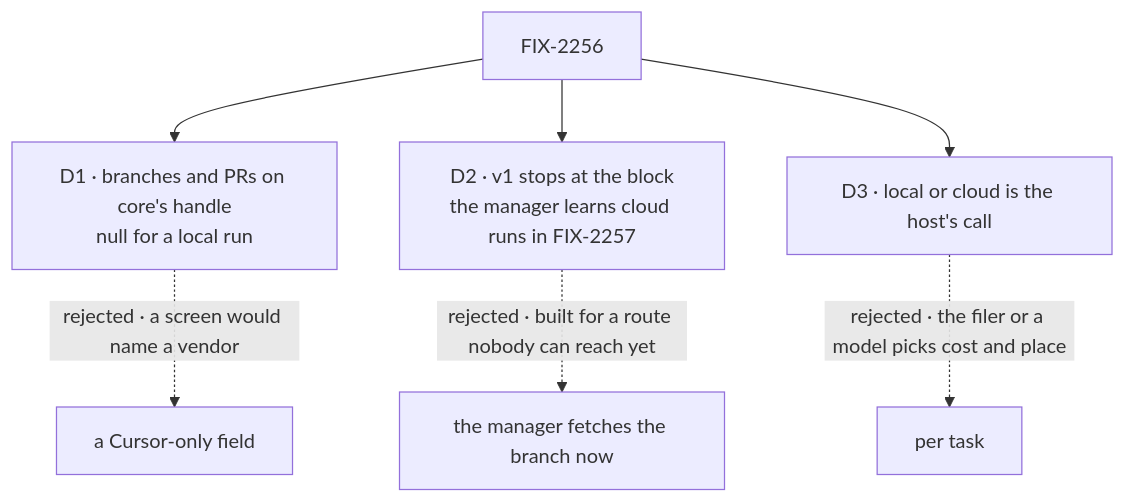
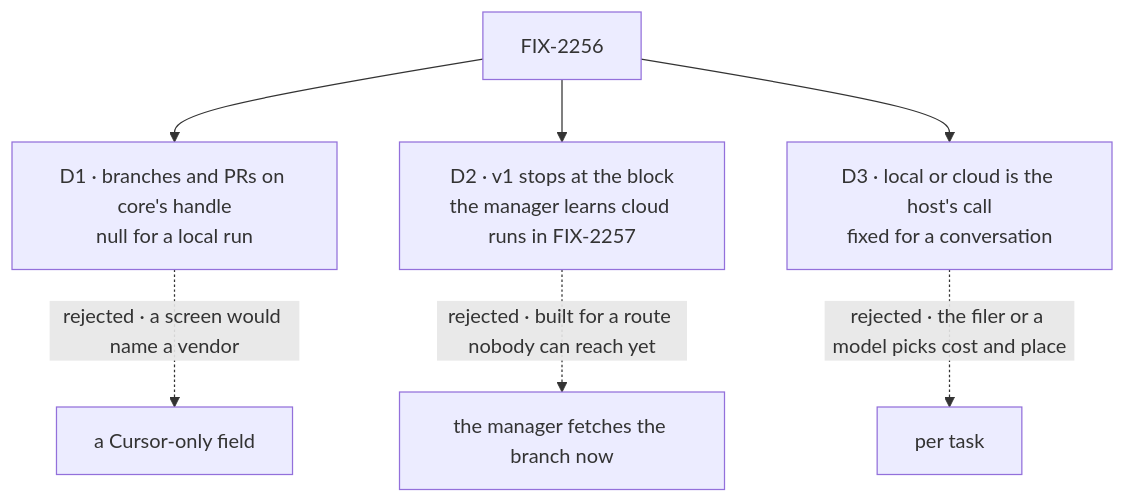
Before and after one commit to fixpoint-labs/flow-state-dev: the diagram in specs/issues/FIX-2256/DECISIONS.md, drawn with Mermaid. The commit also changed other lines of this file and 1 other file, not shown here.

First line of the commit message:
spec(FIX-2256): a conversation keeps the runtime it started on; cloud ignores env and the local bag

````diff
--- a/specs/issues/FIX-2256/DECISIONS.md
+++ b/specs/issues/FIX-2256/DECISIONS.md
@@ -10,9 +10,9 @@
 ```mermaid
 flowchart TD
   I["FIX-2256"] --> D1["D1 · branches and PRs on core's handle<br/>null for a local run"]
   D1 -.->|"rejected · a screen would name a vendor"| X1["a Cursor-only field"]
   I --> D2["D2 · v1 stops at the block<br/>the manager learns cloud runs in FIX-2257"]
   D2 -.->|"rejected · built for a route nobody can reach yet"| X2["the manager fetches the branch now"]
-  I --> D3["D3 · local or cloud is the host's call"]
+  I --> D3["D3 · local or cloud is the host's call<br/>fixed for a conversation"]
   D3 -.->|"rejected · the filer or a model picks cost and place"| X3["per task"]
 ```
````
